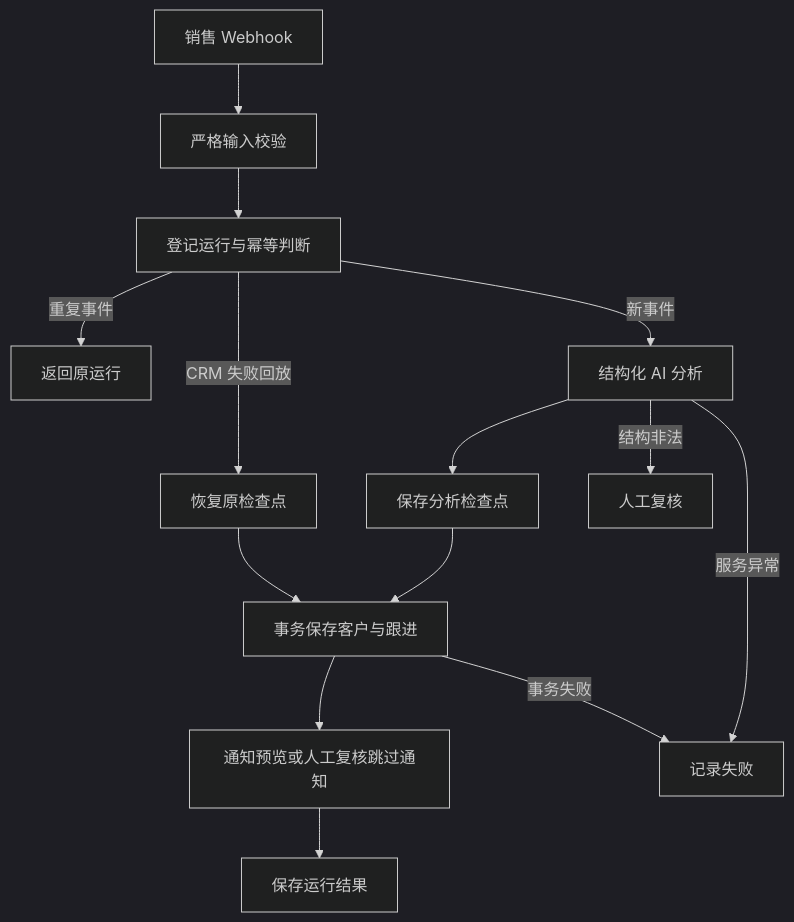
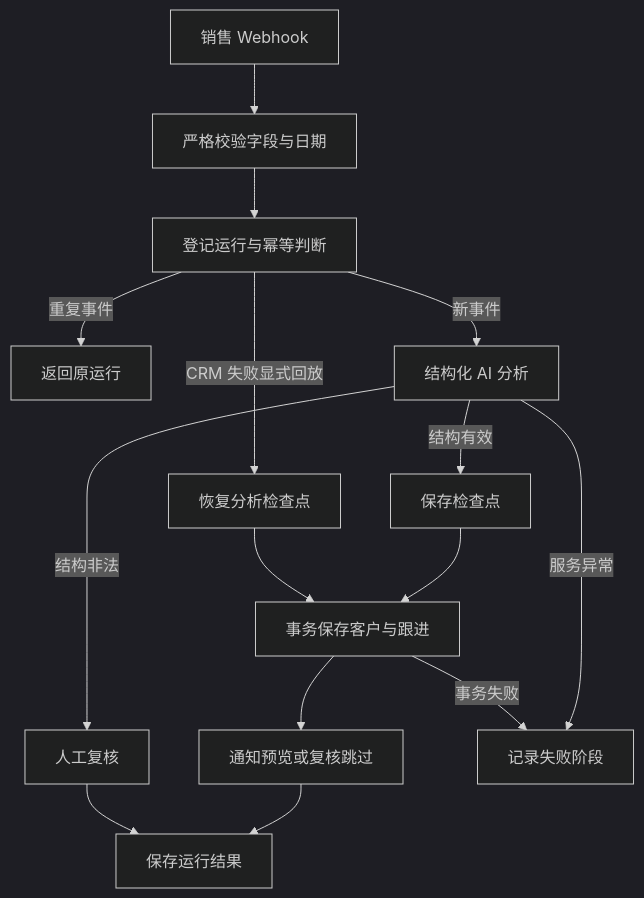
Before and after one commit to LiuXY-git/enterprise-ai-platform: the second of 2 diagrams in docs/architecture.md, drawn with Mermaid (dark theme). The commit also changed other lines of this file and 7 other files, not shown here.

Commit message:
docs: add user guide and refresh platform architecture

````diff
--- a/docs/architecture.md
+++ b/docs/architecture.md
@@ -26,16 +77,17 @@
 ```mermaid
 flowchart TD
-    Hook[销售 Webhook] --> Validate[严格输入校验]
+    Hook[销售 Webhook] --> Validate[严格校验字段与日期]
     Validate --> Start[登记运行与幂等判断]
     Start -->|重复事件| Duplicate[返回原运行]
     Start -->|新事件| AI[结构化 AI 分析]
-    Start -->|CRM 失败回放| Restore[恢复原检查点]
-    AI --> Checkpoint[保存分析检查点]
+    Start -->|CRM 失败显式回放| Restore[恢复分析检查点]
+    AI -->|结构有效| Checkpoint[保存检查点]
     Checkpoint --> CRM[事务保存客户与跟进]
     Restore --> CRM
-    CRM --> Preview[通知预览或人工复核跳过通知]
+    CRM --> Preview[通知预览或复核跳过]
     Preview --> Finish[保存运行结果]
     AI -->|结构非法| Review[人工复核]
-    AI -->|服务异常| Failed[记录失败]
+    Review --> Finish
+    AI -->|服务异常| Failed[记录失败阶段]
     CRM -->|事务失败| Failed
 ```
````
